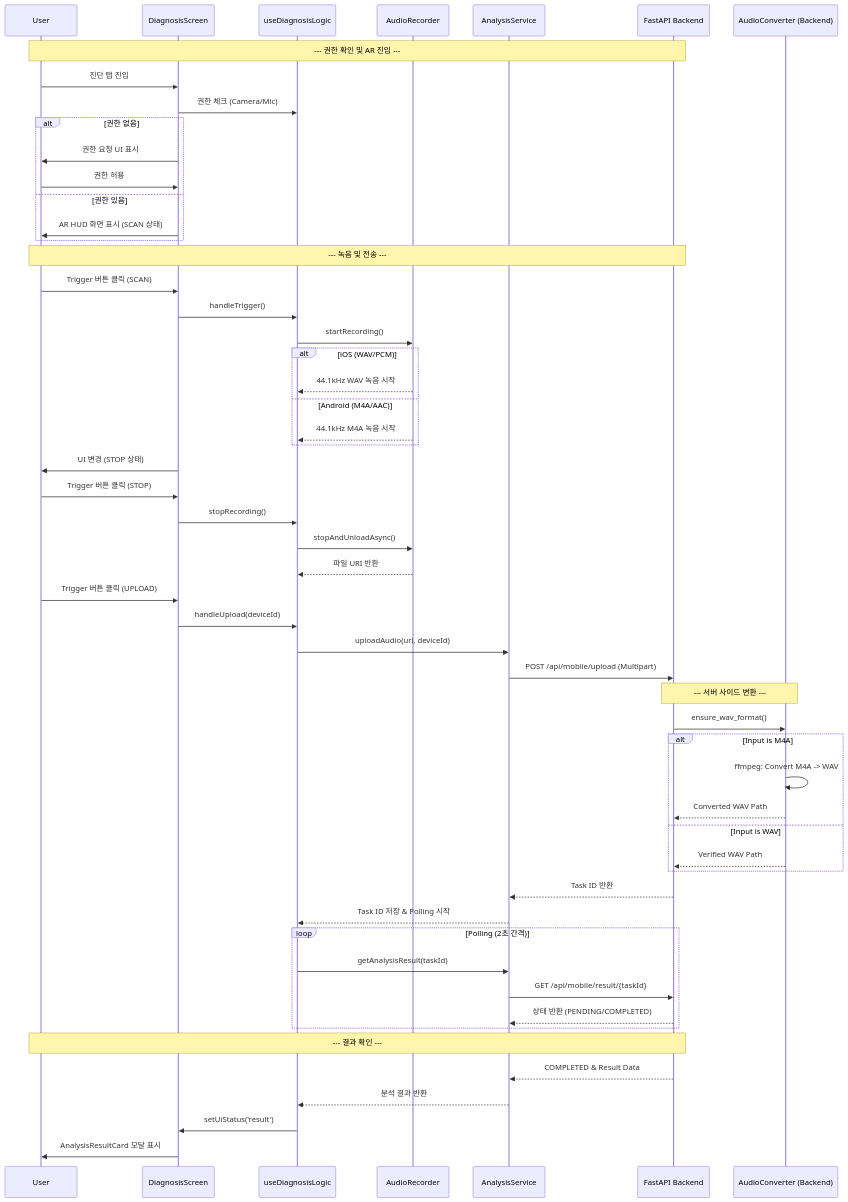
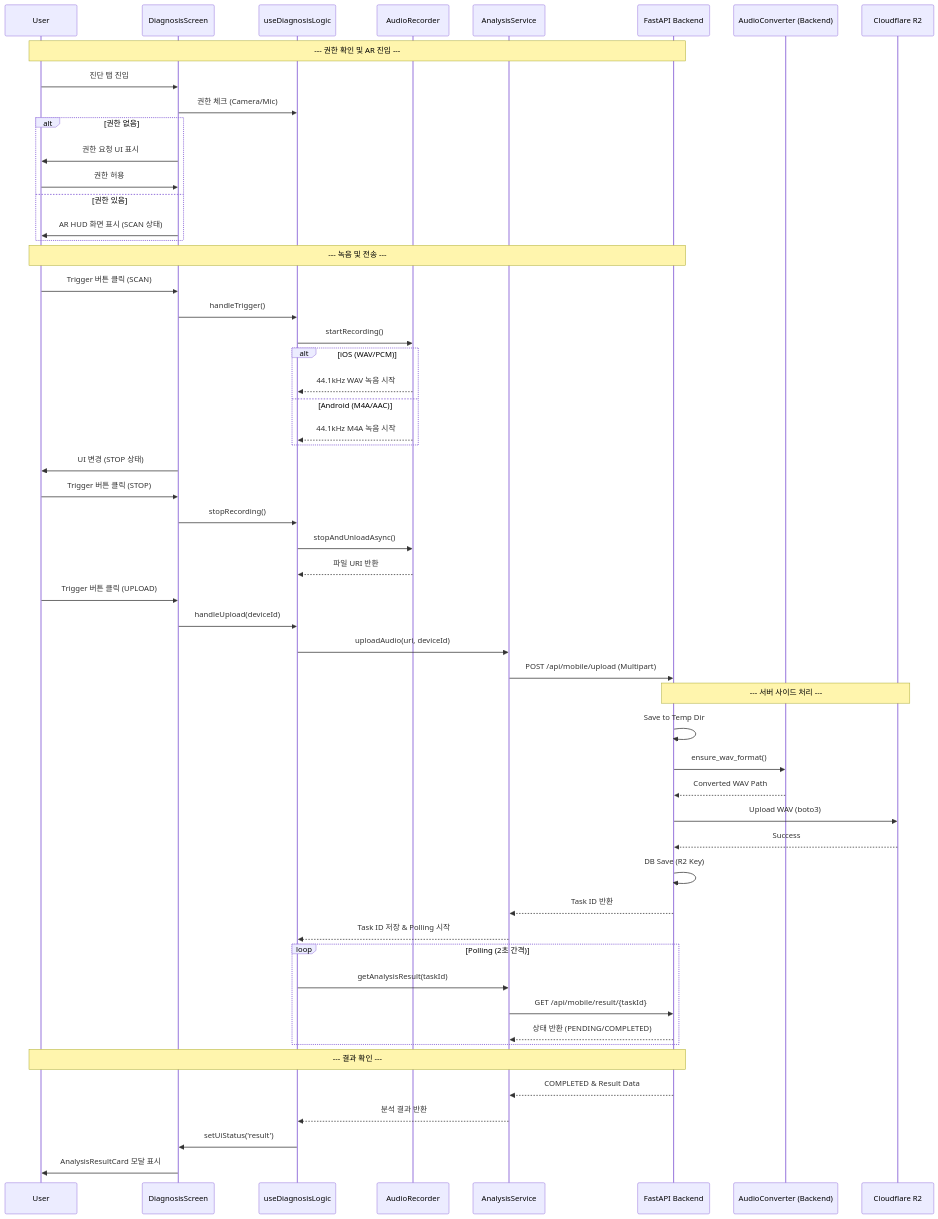
One commit to kimjuyoung1127/signalcraftapp changed the fifth of 6 diagrams in docs/architecture.md. Above: the diagram before and after it, drawn with Mermaid. The commit also changed other lines of this file and 12 other files, not shown here.

````diff
--- a/docs/architecture.md
+++ b/docs/architecture.md
@@ -165,68 +169,68 @@
 ```mermaid
 sequenceDiagram
     participant U as User
     participant RN as DiagnosisScreen
     participant HK as useDiagnosisLogic
     participant RC as AudioRecorder
     participant SV as AnalysisService
     participant FP as FastAPI Backend
     participant CV as AudioConverter (Backend)
+    participant R2 as Cloudflare R2
 
     Note over U,FP: --- 권한 확인 및 AR 진입 ---
     U->>RN: 진단 탭 진입
     RN->>HK: 권한 체크 (Camera/Mic)
     alt 권한 없음
         RN->>U: 권한 요청 UI 표시
         U->>RN: 권한 허용
     else 권한 있음
         RN->>U: AR HUD 화면 표시 (SCAN 상태)
     end
 
     Note over U,FP: --- 녹음 및 전송 ---
     U->>RN: Trigger 버튼 클릭 (SCAN)
     RN->>HK: handleTrigger()
     HK->>RC: startRecording()
     
     alt iOS (WAV/PCM)
         RC-->>HK: 44.1kHz WAV 녹음 시작
     else Android (M4A/AAC)
         RC-->>HK: 44.1kHz M4A 녹음 시작
     end
 
     RN->>U: UI 변경 (STOP 상태)
 
     U->>RN: Trigger 버튼 클릭 (STOP)
     RN->>HK: stopRecording()
     HK->>RC: stopAndUnloadAsync()
     RC-->>HK: 파일 URI 반환
     
     U->>RN: Trigger 버튼 클릭 (UPLOAD)
     RN->>HK: handleUpload(deviceId)
     HK->>SV: uploadAudio(uri, deviceId)
     
     SV->>FP: POST /api/mobile/upload (Multipart)
     
-    Note over FP,CV: --- 서버 사이드 변환 ---
+    Note over FP,R2: --- 서버 사이드 처리 ---
+    FP->>FP: Save to Temp Dir
     FP->>CV: ensure_wav_format()
-    alt Input is M4A
-        CV->>CV: ffmpeg: Convert M4A -> WAV
-        CV-->>FP: Converted WAV Path
-    else Input is WAV
-        CV-->>FP: Verified WAV Path
-    end
+    CV-->>FP: Converted WAV Path
+    FP->>R2: Upload WAV (boto3)
+    R2-->>FP: Success
+    FP->>FP: DB Save (R2 Key)
     
     FP-->>SV: Task ID 반환
     SV-->>HK: Task ID 저장 & Polling 시작
     
     loop Polling (2초 간격)
         HK->>SV: getAnalysisResult(taskId)
         SV->>FP: GET /api/mobile/result/{taskId}
         FP-->>SV: 상태 반환 (PENDING/COMPLETED)
     end
 
     Note over U,FP: --- 결과 확인 ---
     FP-->>SV: COMPLETED & Result Data
     SV-->>HK: 분석 결과 반환
     HK->>RN: setUiStatus('result')
     RN->>U: AnalysisResultCard 모달 표시
 ```
````
